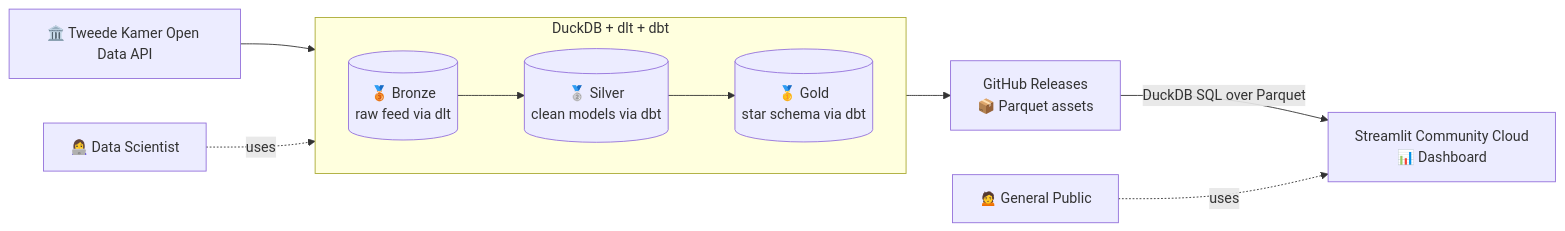
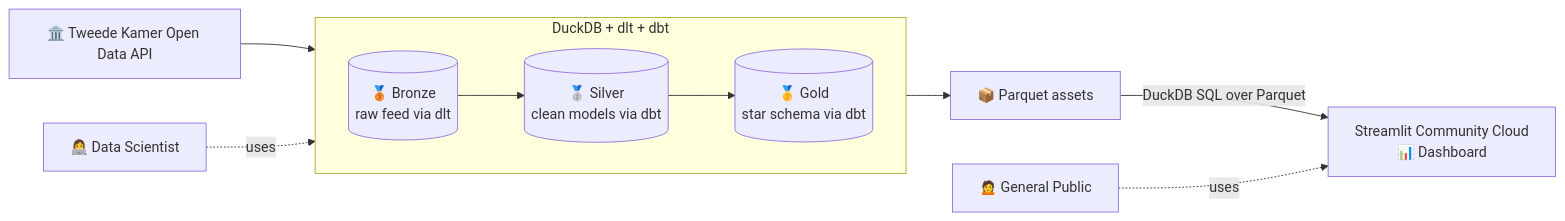
Before and after one commit to ElizeWierenga/tweedekamer-monitor: the diagram in ARCHITECTURE.md, drawn with Mermaid. The commit also changed other lines of this file and 4 other files, not shown here.

````diff
--- a/ARCHITECTURE.md
+++ b/ARCHITECTURE.md
@@ -31,29 +31,29 @@
 ```mermaid
 flowchart LR
     API["🏛️ Tweede Kamer Open Data API"]
     
     subgraph LocalEngine["DuckDB + dlt + dbt"]
         direction LR
         B[("🥉 Bronze\nraw feed via dlt")]
         S[("🥈 Silver\nclean models via dbt")]
         G[("🥇 Gold\nstar schema via dbt")]
         
         B --> S --> G
     end
 
-    GH["GitHub Releases\n📦 Parquet assets"]
+    PAR["📦 Parquet assets"]
     SC["Streamlit Community Cloud\n📊 Dashboard"]
     USER["🙍 General Public"]
     ANALYST["👩‍💻 Data Scientist"]
 
 
     API --> B
-    G --> GH
+    G --> PAR
         
     %% The dashboard is placed under the assets
-    GH -- "DuckDB SQL over Parquet" --> SC
+    PAR -- "DuckDB SQL over Parquet" --> SC
     
     %% The user is placed to the left of the dashboard
     USER -. "uses" .-> SC
     ANALYST -. "uses" .-> LocalEngine
 ```
````
